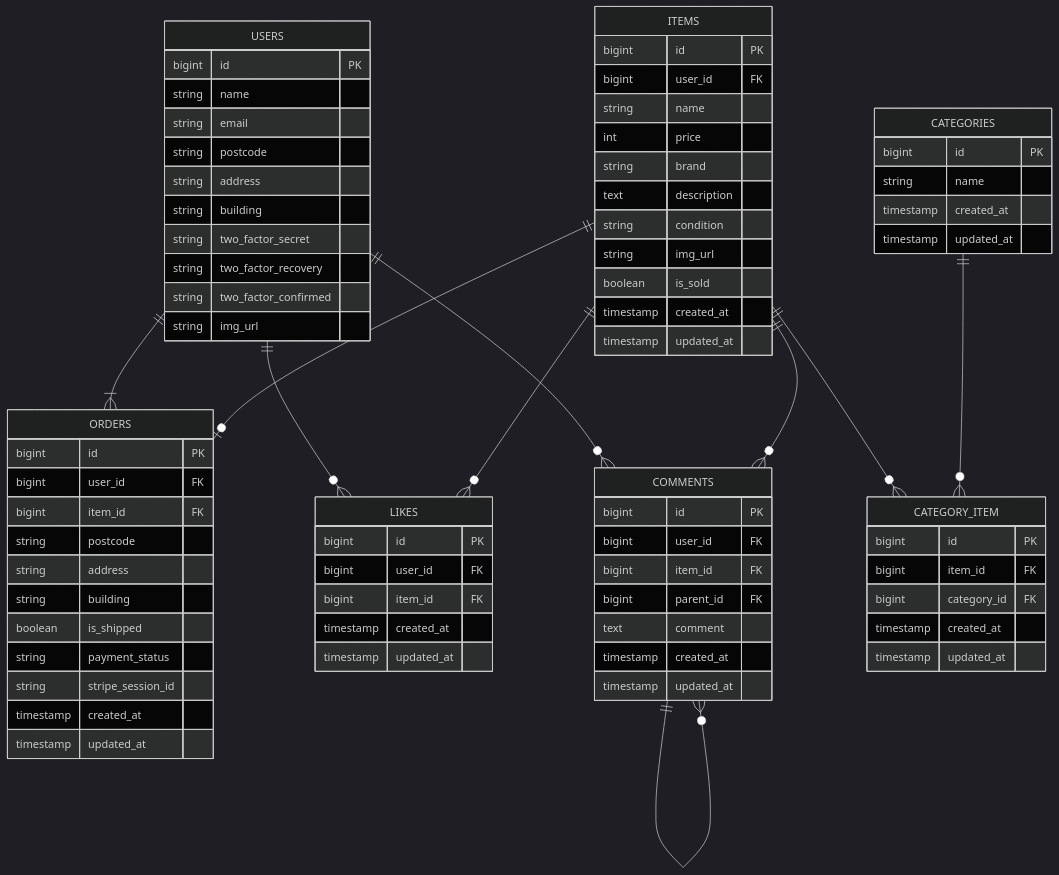
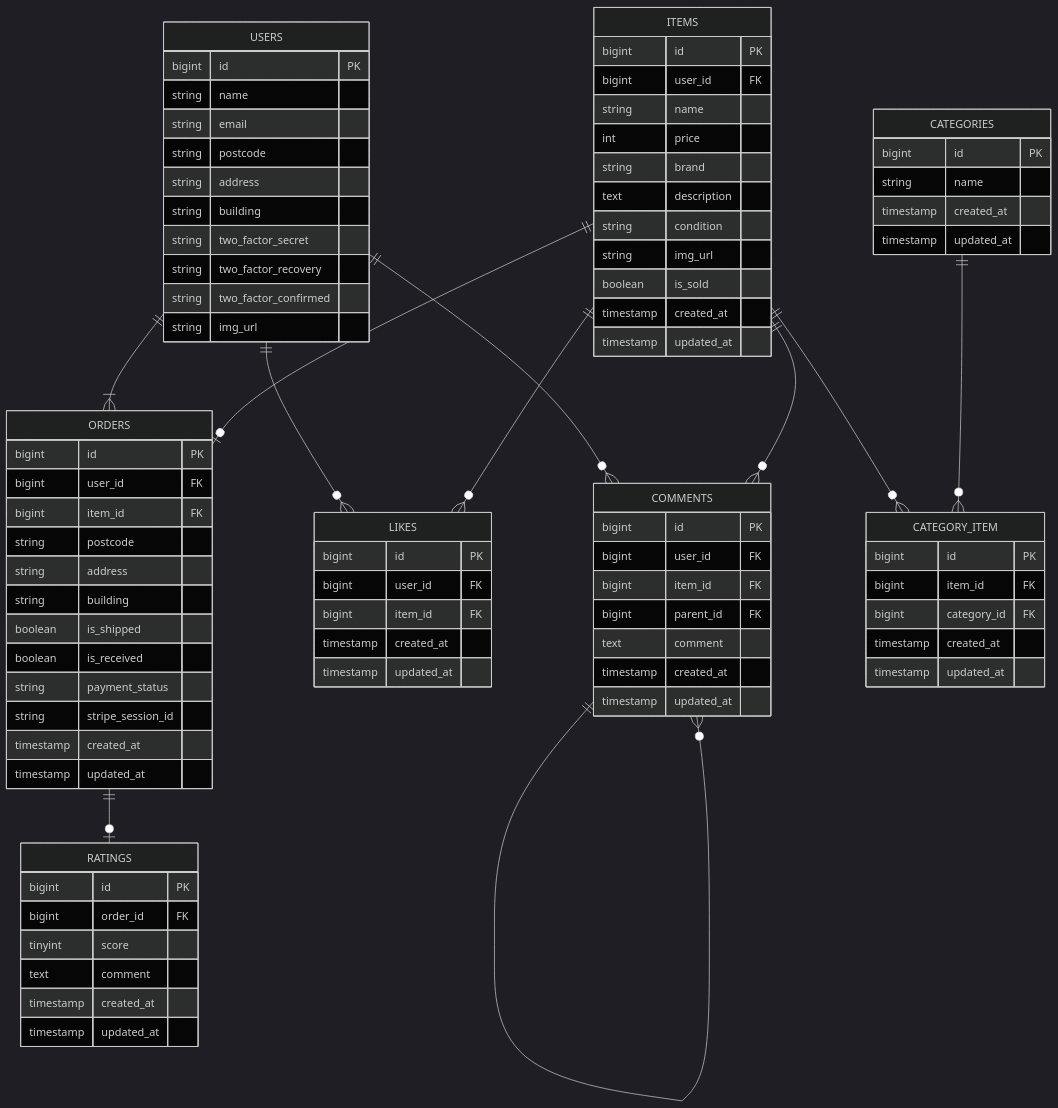
One commit to koko-chii/flea-market-app changed the diagram in README.md. Above: the diagram before and after it, drawn with Mermaid (dark theme). The commit also changed other lines of this file and 15 other files, not shown here.

```diff
--- a/README.md
+++ b/README.md
@@ -28,6 +28,7 @@
     ITEMS ||--o{ COMMENTS : ""
     ITEMS ||--o{ CATEGORY_ITEM : ""
     ITEMS ||--o| ORDERS : ""
+    ORDERS ||--o| RATINGS : ""
     CATEGORIES ||--o{ CATEGORY_ITEM : ""
     COMMENTS ||--o{ COMMENTS : ""
 
@@ -52,8 +53,18 @@
         string address
         string building
         boolean is_shipped
+        boolean is_received
         string payment_status
         string stripe_session_id
+        timestamp created_at
+        timestamp updated_at
+    }
+
+    RATINGS {
+        bigint id PK
+        bigint order_id FK
+        tinyint score
+        text comment
         timestamp created_at
         timestamp updated_at
     }
```
